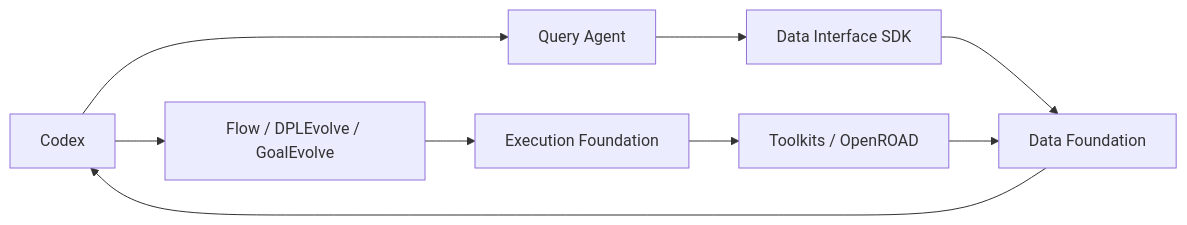
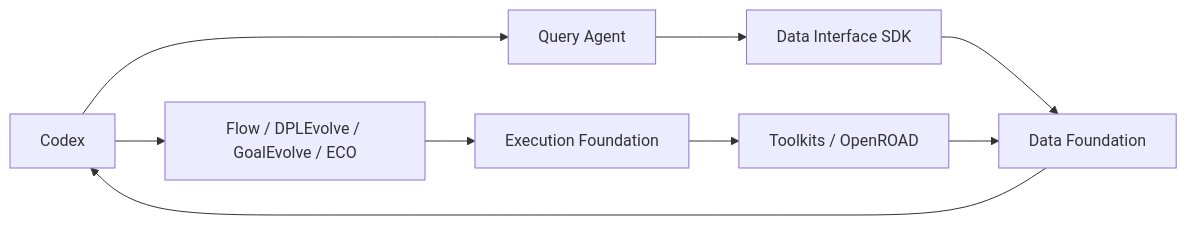
Before and after one commit to CODA-Team/ChipEvolve: the diagram in README.md, drawn with Mermaid. The commit also changed other lines of this file and 16 other files, not shown here.

````diff
--- a/README.md
+++ b/README.md
@@ -24,11 +27,11 @@
 ```mermaid
 flowchart LR
     C[Codex] --> Q[Query Agent]
     Q --> I[Data Interface SDK]
     I --> D[Data Foundation]
-    C --> A[Flow / DPLEvolve / GoalEvolve]
+    C --> A[Flow / DPLEvolve / GoalEvolve / ECO]
     A --> E[Execution Foundation]
     E --> T[Toolkits / OpenROAD]
     T --> D
     D --> C
 ```
````
